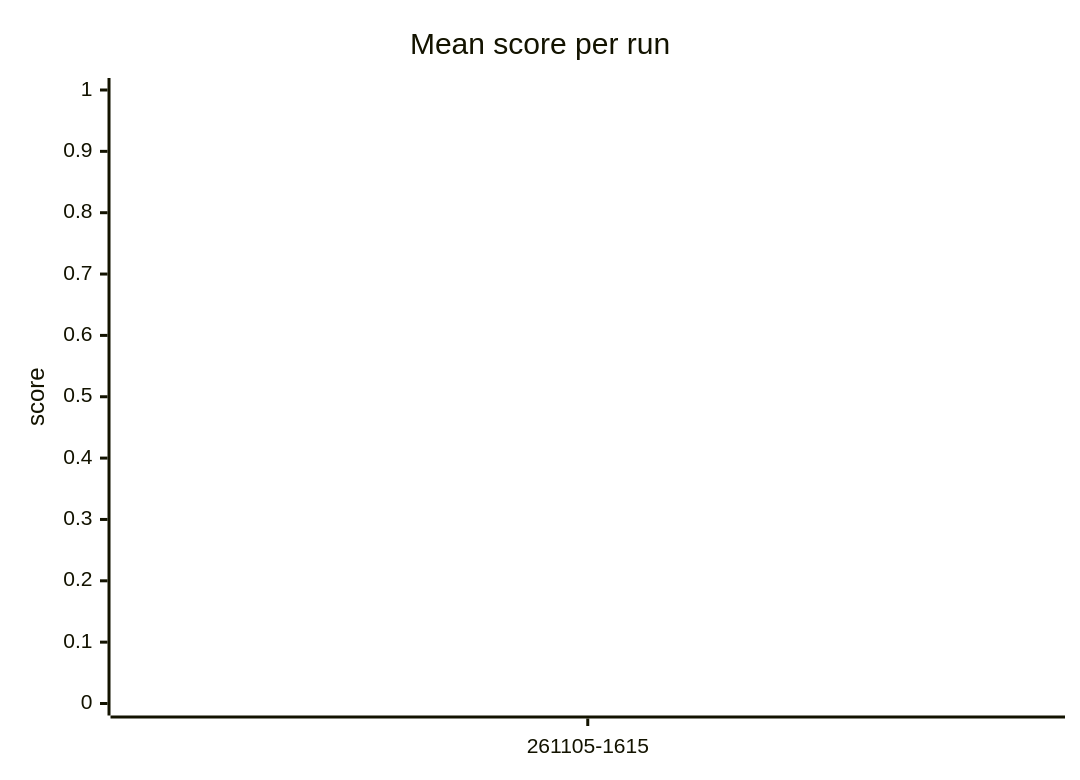
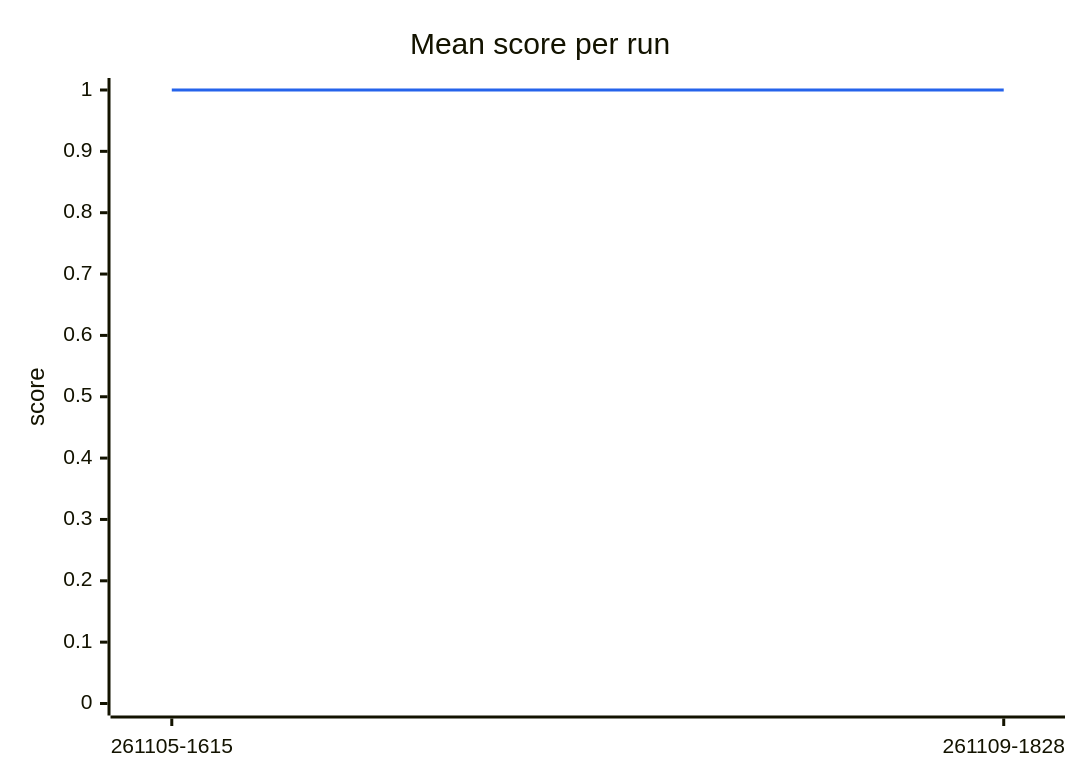
The first of 2 diagrams in lib/tests/benchmarks/judges/results/README.md (megagonlabs/blue-data-kb-source), drawn with Mermaid before and after one commit. The commit also changed other lines of this file and 5 other files, not shown here.

````diff
--- a/lib/tests/benchmarks/judges/results/README.md
+++ b/lib/tests/benchmarks/judges/results/README.md
@@ -27,8 +27,8 @@
 ```mermaid
 %%{init: {"themeVariables": {"xyChart": {"plotColorPalette": "#2563eb"}}}}%%
 xychart-beta
     title "Mean score per run"
-    x-axis ["261105-1615"]
+    x-axis ["261105-1615", "261109-1828"]
     y-axis "score" 0 --> 1
-    line [1.00]
+    line [1.00, 1.00]
 ```
````
